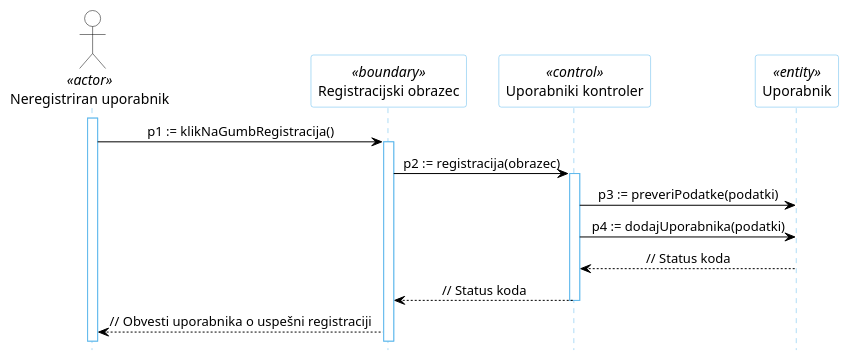
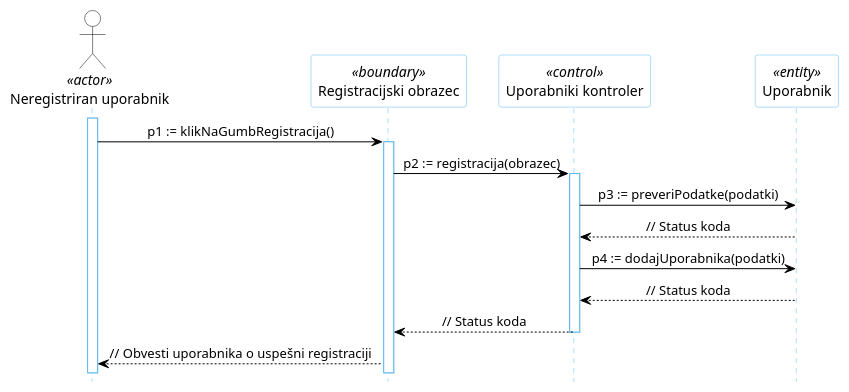
The diagram in docs/gradivo/plantuml/DZ/01a.puml (kupinah/test-tpo), drawn with PlantUML before and after one commit. The commit also changed 8 other files, not shown here.

```diff
--- a/docs/gradivo/plantuml/DZ/01a.puml
+++ b/docs/gradivo/plantuml/DZ/01a.puml
@@ -1,30 +1,31 @@
 @startuml
 hide footbox
 
 skinparam backgroundcolor transparent
 skinparam defaultTextAlignment center
 skinparam actorBorderColor black
 skinparam actorBackgroundColor white
 skinparam arrowColor black  
 skinparam sequenceLifeLineBorderColor #5FB8EC
 skinparam sequenceParticipantBorderColor #5FB8EC
 skinparam sequenceParticipantBackgroundColor white
 
 actor "Neregistriran uporabnik" AS U1 <<actor>>
 
 participant "Registracijski obrazec" as R5 <<boundary>>
 participant "Uporabniki kontroler" as R2 <<control>>
 participant "Uporabnik" as R4 <<entity>>
 
 activate U1
 U1 -> R5: p1 := klikNaGumbRegistracija()
 activate R5
 R5 -> R2: p2 := registracija(obrazec)
 activate R2
 R2 -> R4: p3 := preveriPodatke(podatki)
+R4 --> R2: // Status koda
 R2 -> R4: p4 := dodajUporabnika(podatki)
 R4 --> R2: // Status koda
 R2 --> R5: // Status koda
 deactivate R2
 R5 --> U1: // Obvesti uporabnika o uspešni registraciji
 @enduml
```
